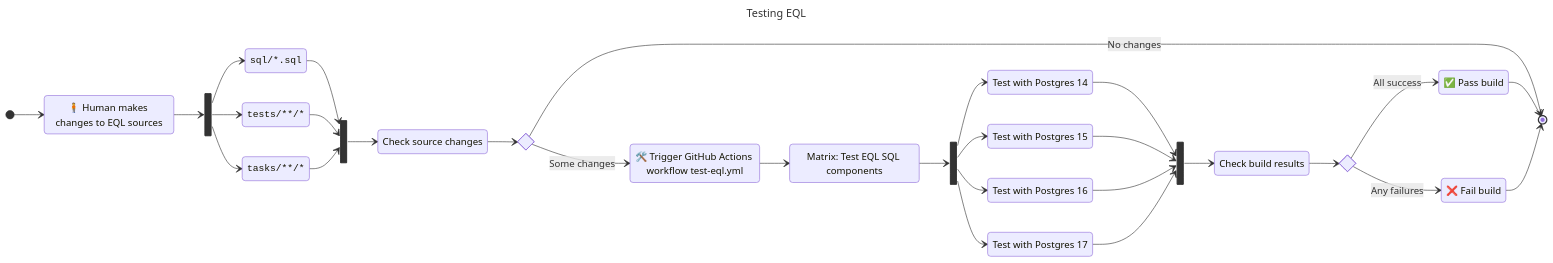
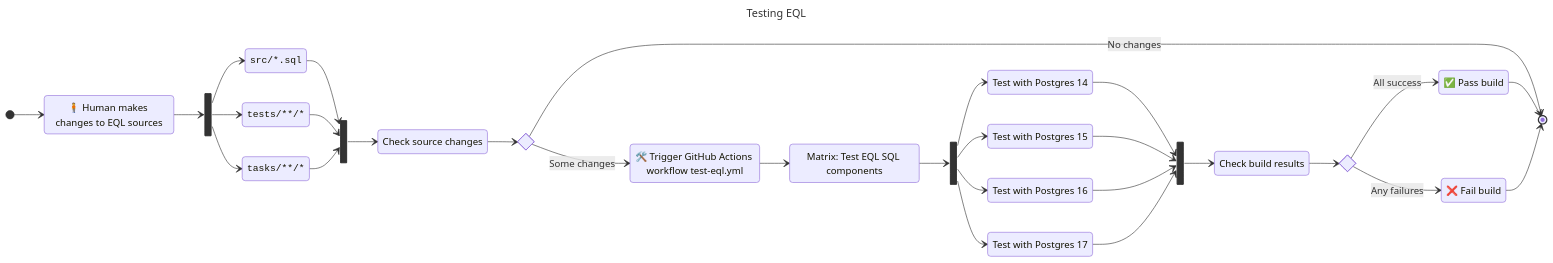
The diagram in DEVELOPMENT.md (cipherstash/encrypt-query-language), drawn with Mermaid before and after one commit. The commit also changed other lines of this file, not shown here.

````diff
--- a/DEVELOPMENT.md
+++ b/DEVELOPMENT.md
@@ -114,66 +152,66 @@
 ```mermaid
 ---
 title: Testing EQL
 ---
 stateDiagram-v2
     direction LR
     classDef code font-family:monospace;
 
 
     state "🧍 Human makes changes to EQL sources" as changes
     state sources_fork <<fork>>
     state sources_join <<join>>
-    state "sql/*.sql" as source_sql
+    state "src/*.sql" as source_sql
     state "tasks/**/*" as source_tasks
     state "tests/**/*" as source_tests
     state sources_changed <<choice>>
 
     state "🛠️ Trigger GitHub Actions workflow test-eql.yml" as build_triggered
     state "Matrix: Test EQL SQL components" as matrix
     state "Test with Postgres 14" as pg14
     state "Test with Postgres 15" as pg15
     state "Test with Postgres 16" as pg16
     state "Test with Postgres 17" as pg17
     state "Check build results" as check
     state if_state <<choice>>
 
     changes --> sources_fork
     sources_fork --> source_sql:::code
     sources_fork --> source_tests:::code
     sources_fork --> source_tasks:::code
     source_sql --> sources_join
     source_tests --> sources_join
     source_tasks --> sources_join
     sources_join --> source_changed_check
     source_changed_check --> sources_changed
     sources_changed --> build_triggered : Some changes
     sources_changed --> [*]: No changes
 
     state "Check source changes" as source_changed_check
 
     [*] --> changes
 
     build_triggered --> matrix
 
     state fork_state <<fork>>
         matrix --> fork_state
         fork_state --> pg14
         fork_state --> pg15
         fork_state --> pg16
         fork_state --> pg17
 
     state join_state <<join>>
         pg14 --> join_state
         pg15 --> join_state
         pg16 --> join_state
         pg17 --> join_state
 
     state "✅ Pass build" as build_pass
     state "❌ Fail build" as build_fail
     join_state --> check
     check --> if_state
     if_state --> build_pass: All success
     if_state --> build_fail : Any failures
     build_pass --> [*]
     build_fail --> [*]
 ```
````
